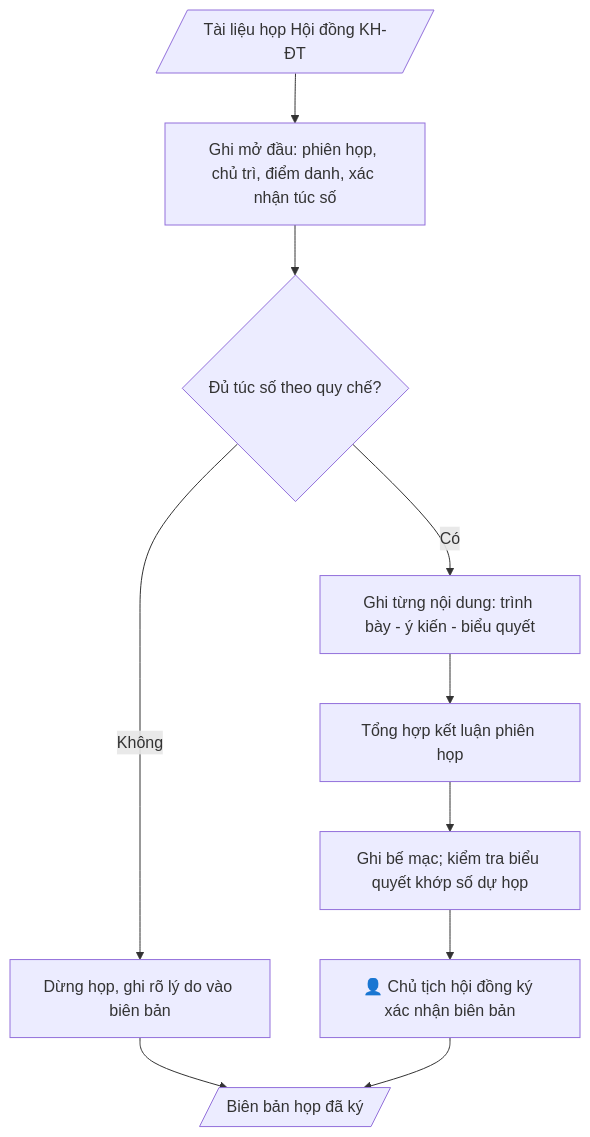
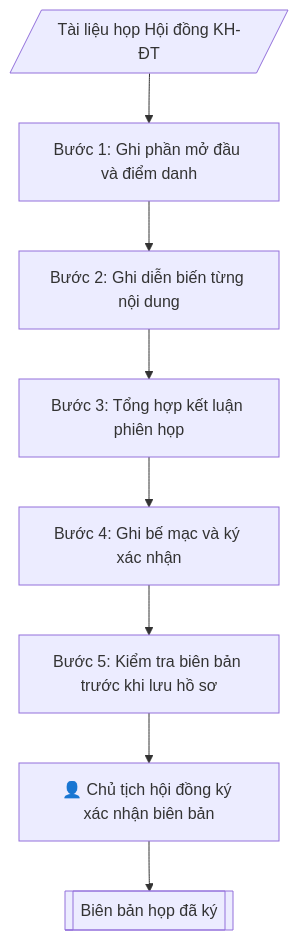
One commit to phamtruong91/dh-skills changed the diagram in skills/bien-ban-hop-hoi-dong-khdt/SKILL.md. Above: the diagram before and after it, drawn with Mermaid. The commit also changed 124 other files, not shown here.

First line of the commit message:
Khôi phục quy trình đầy đủ cho 58 skill bị rút gọn (nghiệp vụ gốc + ràng buộc pháp lý từ phap-ly.md)

````diff
--- a/skills/bien-ban-hop-hoi-dong-khdt/SKILL.md
+++ b/skills/bien-ban-hop-hoi-dong-khdt/SKILL.md
@@ -78,15 +78,10 @@
 ```mermaid
 flowchart TD
-    A[/"Tài liệu họp Hội đồng KH-ĐT"/]
-    B["Ghi mở đầu: phiên họp, chủ trì, điểm danh, xác nhận túc số"]
-    C{"Đủ túc số theo quy chế?"}
-    D["Dừng họp, ghi rõ lý do vào biên bản"]
-    E["Ghi từng nội dung: trình bày - ý kiến - biểu quyết"]
-    F["Tổng hợp kết luận phiên họp"]
-    G["Ghi bế mạc; kiểm tra biểu quyết khớp số dự họp"]
-    HG["👤 Chủ tịch hội đồng ký xác nhận biên bản"]
-    H[/"Biên bản họp đã ký"/]
-    A --> B --> C
-    C -->|Không| D --> H
-    C -->|Có| E --> F --> G --> HG --> H
+    IN[/"Tài liệu họp Hội đồng KH-ĐT"/] --> B1["Bước 1: Ghi phần mở đầu và điểm danh"]
+    B1 --> B2["Bước 2: Ghi diễn biến từng nội dung"]
+    B2 --> B3["Bước 3: Tổng hợp kết luận phiên họp"]
+    B3 --> B4["Bước 4: Ghi bế mạc và ký xác nhận"]
+    B4 --> B5["Bước 5: Kiểm tra biên bản trước khi lưu hồ sơ"]
+    B5 --> HG["👤 Chủ tịch hội đồng ký xác nhận biên bản"]
+    HG --> OUT[["Biên bản họp đã ký"]]
 ```
````
